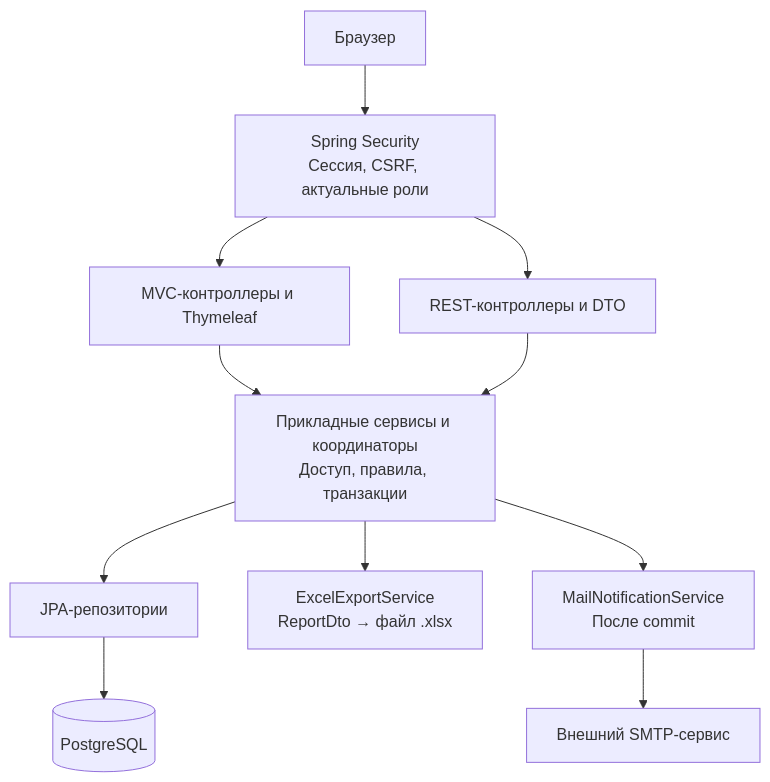
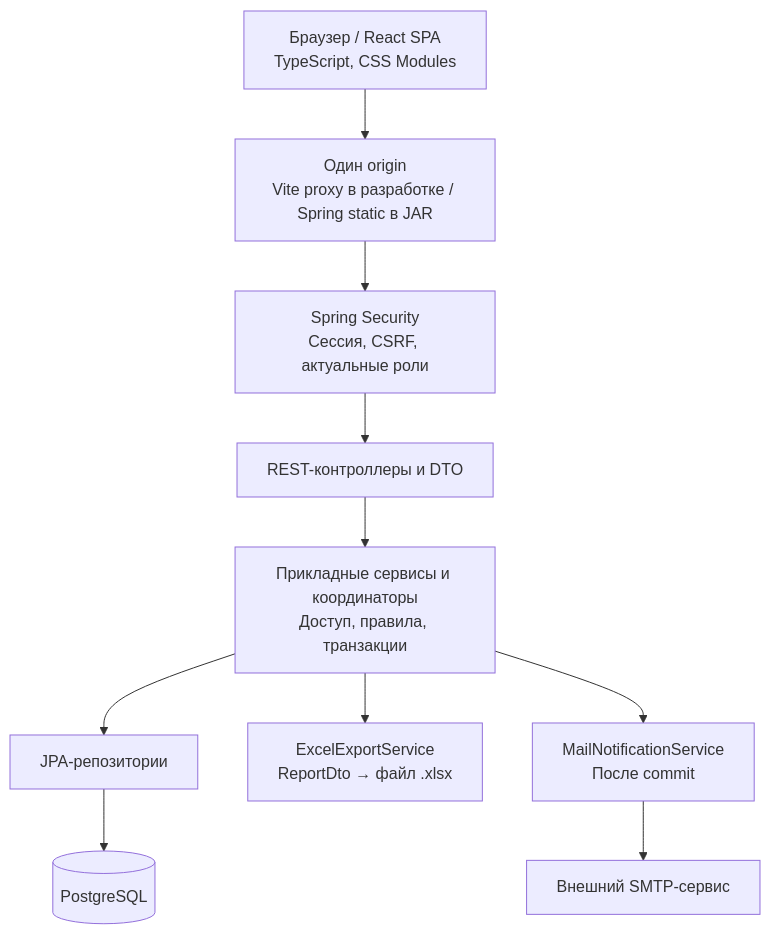
One commit to vehxi/TaskFlow changed the diagram in docs/diagrams/architecture-components.md. Above: the diagram before and after it, drawn with Mermaid. The commit also changed other lines of this file and 89 other files, not shown here.

````diff
--- a/docs/diagrams/architecture-components.md
+++ b/docs/diagrams/architecture-components.md
@@ -5,13 +5,12 @@
 ```mermaid
 flowchart TD
-    Browser["Браузер"] --> Security["Spring Security<br/>Сессия, CSRF, актуальные роли"]
-    Security --> MVC["MVC-контроллеры и Thymeleaf"]
+    Browser["Браузер / React SPA<br/>TypeScript, CSS Modules"] --> Origin["Один origin<br/>Vite proxy в разработке / Spring static в JAR"]
+    Origin --> Security["Spring Security<br/>Сессия, CSRF, актуальные роли"]
     Security --> API["REST-контроллеры и DTO"]
-    MVC --> Services["Прикладные сервисы и координаторы<br/>Доступ, правила, транзакции"]
-    API --> Services
+    API --> Services["Прикладные сервисы и координаторы<br/>Доступ, правила, транзакции"]
     Services --> Repositories["JPA-репозитории"]
     Repositories --> DB[(PostgreSQL)]
     Services --> Excel["ExcelExportService<br/>ReportDto → файл .xlsx"]
     Services --> Mail["MailNotificationService<br/>После commit"]
     Mail --> SMTP["Внешний SMTP-сервис"]
 ```
````
